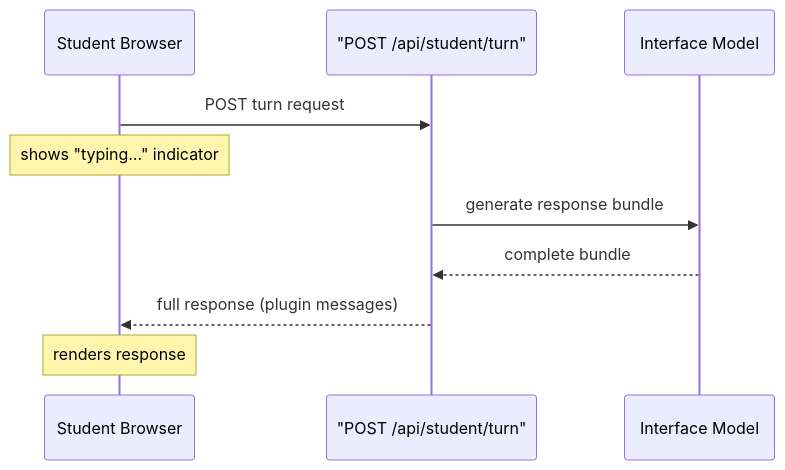
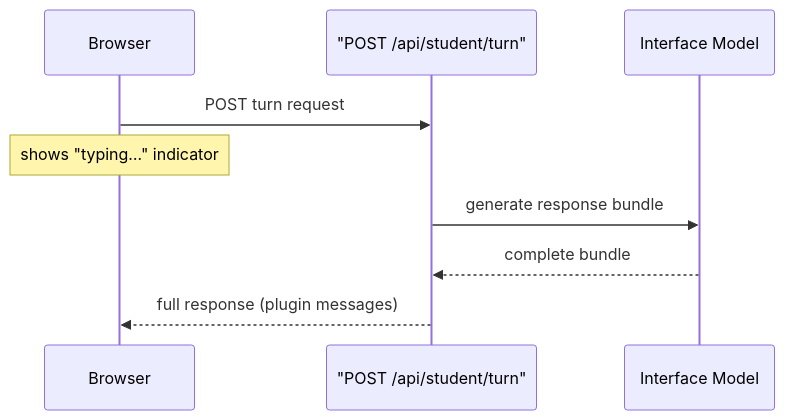
The second of 3 diagrams in src/content/docs/architecture/api.md (stemolly/wiki), drawn with Mermaid before and after one commit. The commit also changed other lines of this file and 57 other files, not shown here.

````diff
--- a/src/content/docs/architecture/api.md
+++ b/src/content/docs/architecture/api.md
@@ -32,13 +74,12 @@
 ```mermaid
 sequenceDiagram
-    participant Student as Student Browser
+    participant Browser
     participant API as "POST /api/student/turn"
-    participant Interface as Interface Model
+    participant IFace as Interface Model
 
-    Student->>API: POST turn request
-    Note over Student: shows "typing…" indicator
-    API->>Interface: generate response bundle
-    Interface-->>API: complete bundle
-    API-->>Student: full response (plugin messages)
-    Note over Student: renders response
+    Browser->>API: POST turn request
+    Note over Browser: shows "typing…" indicator
+    API->>IFace: generate response bundle
+    IFace-->>API: complete bundle
+    API-->>Browser: full response (plugin messages)
 ```
````
